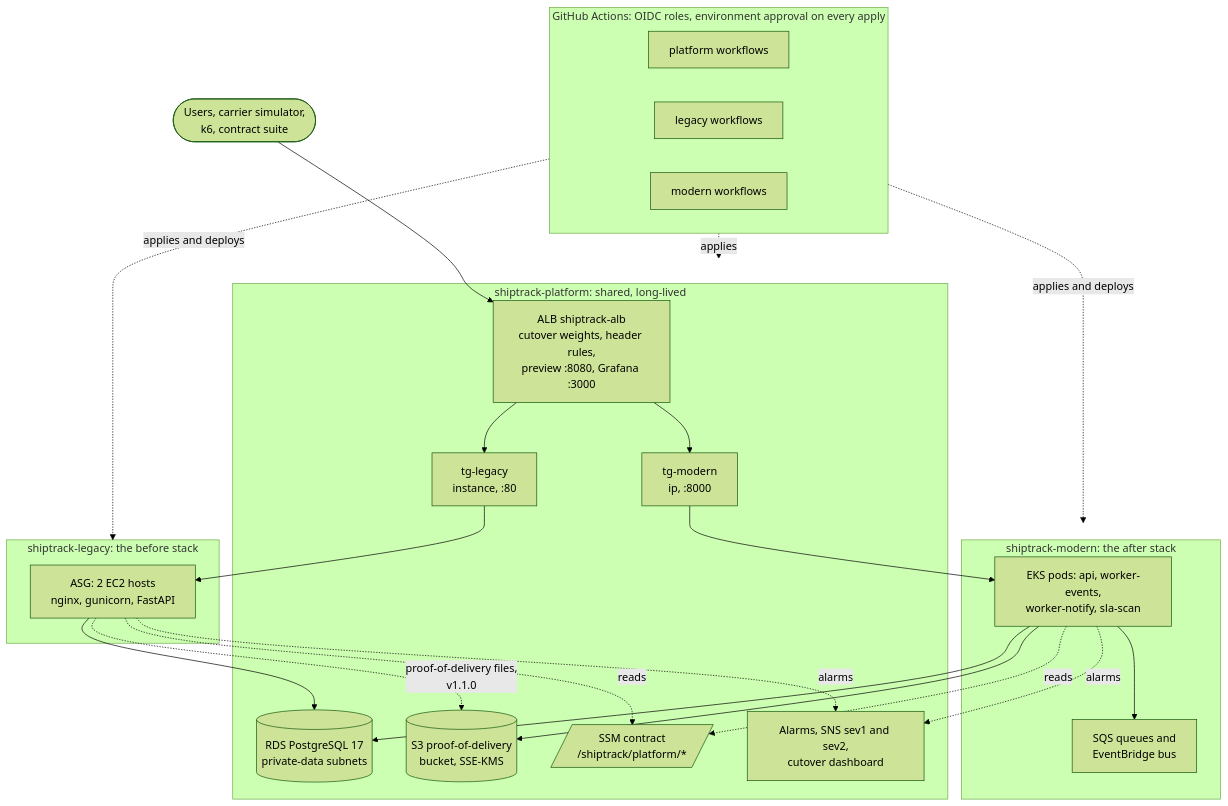
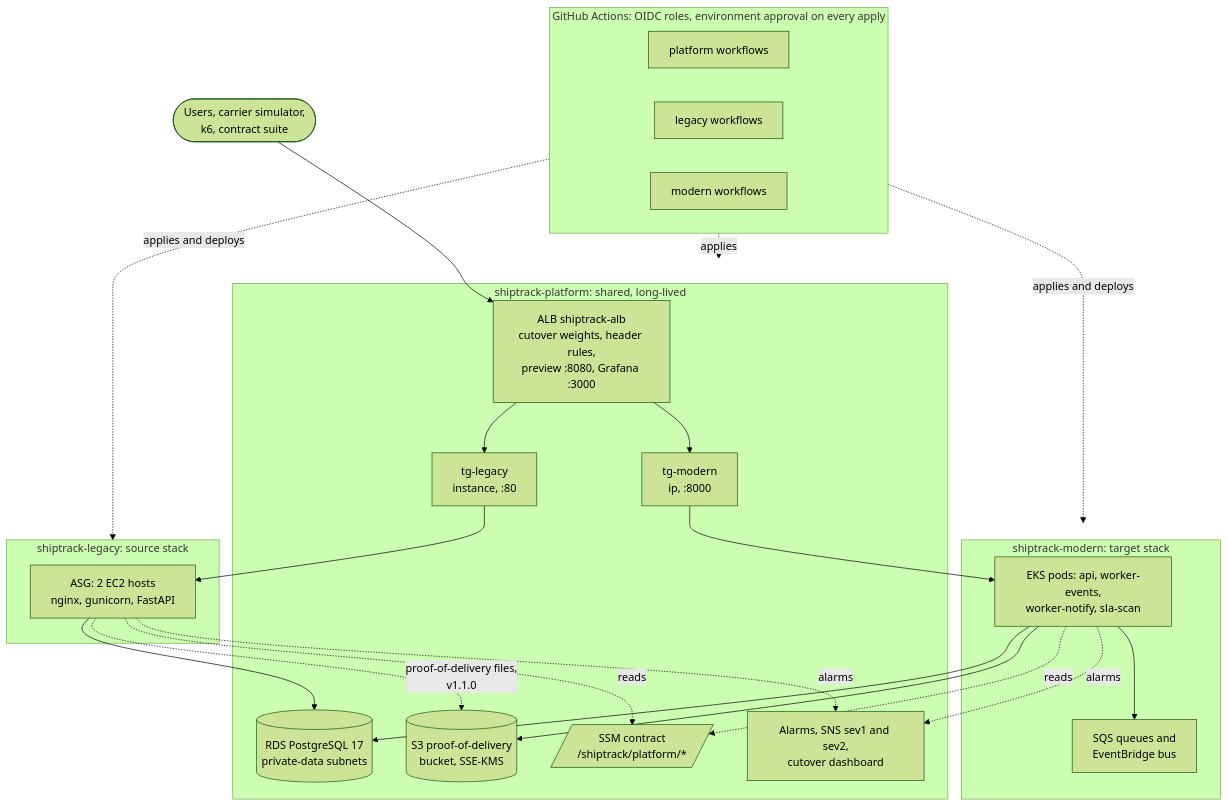
One commit to loriamichaelj/shiptrack-modern changed the first of 14 diagrams in README.md. Above: the diagram before and after it, drawn with Mermaid (forest theme). The commit also changed other lines of this file, not shown here.

First line of the commit message:
Frame the README around the cloud migration and the 7 Rs, and drop the before and after wording (#60)

````diff
--- a/README.md
+++ b/README.md
@@ -45,46 +89,46 @@
 ```mermaid
 flowchart TB
     users(["Users, carrier simulator,<br/>k6, contract suite"])
 
     subgraph gha["GitHub Actions: OIDC roles, environment approval on every apply"]
         direction LR
         wfp["platform workflows"]
         wfl["legacy workflows"]
         wfm["modern workflows"]
     end
 
     subgraph platform["shiptrack-platform: shared, long-lived"]
         alb["ALB shiptrack-alb<br/>cutover weights, header rules,<br/>preview :8080, Grafana :3000"]
         tgl["tg-legacy<br/>instance, :80"]
         tgm["tg-modern<br/>ip, :8000"]
         rds[("RDS PostgreSQL 17<br/>private-data subnets")]
         proofs[("S3 proof-of-delivery<br/>bucket, SSE-KMS")]
         contract[/"SSM contract<br/>/shiptrack/platform/*"/]
         obs["Alarms, SNS sev1 and sev2,<br/>cutover dashboard"]
     end
 
-    subgraph legacy["shiptrack-legacy: the before stack"]
+    subgraph legacy["shiptrack-legacy: source stack"]
         asg["ASG: 2 EC2 hosts<br/>nginx, gunicorn, FastAPI"]
     end
 
-    subgraph modern["shiptrack-modern: the after stack"]
+    subgraph modern["shiptrack-modern: target stack"]
         eks["EKS pods: api, worker-events,<br/>worker-notify, sla-scan"]
         msg["SQS queues and<br/>EventBridge bus"]
     end
 
     users --> alb
     alb --> tgl --> asg
     alb --> tgm --> eks
     asg --> rds
     eks --> rds
     asg -. "proof-of-delivery files,<br/>v1.1.0" .-> proofs
     eks --> proofs
     eks --> msg
     asg -. "reads" .-> contract
     eks -. "reads" .-> contract
     asg -. "alarms" .-> obs
     eks -. "alarms" .-> obs
     wfp -. "applies" .-> platform
     wfl -. "applies and deploys" .-> legacy
     wfm -. "applies and deploys" .-> modern
 ```
````
